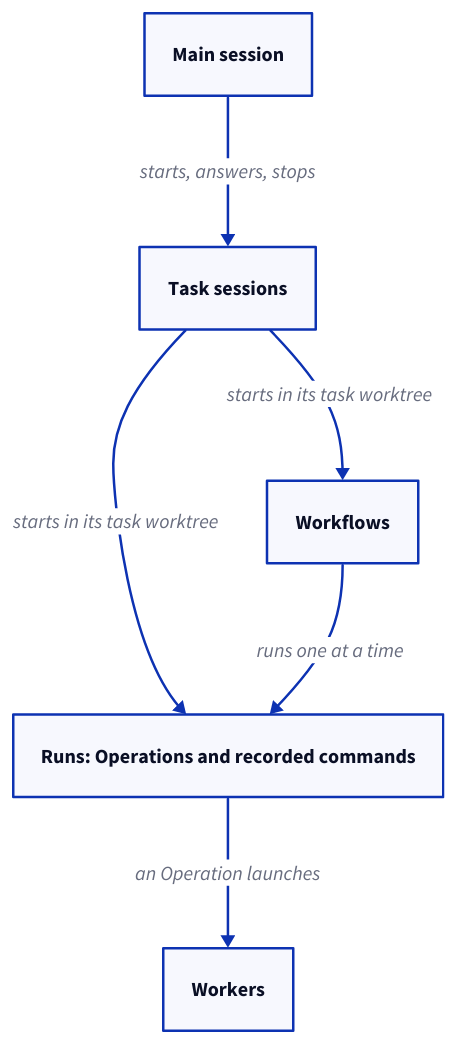
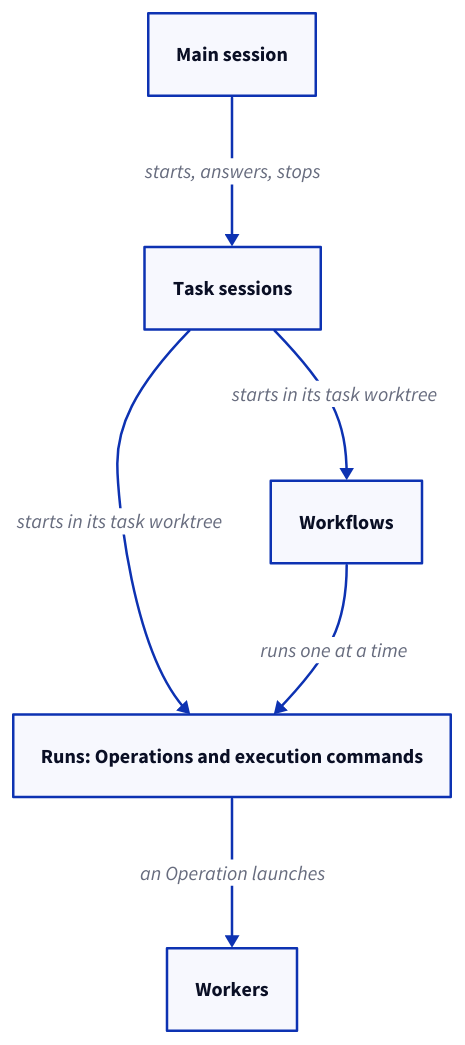
One commit to FTOD/concorde changed the first of 4 diagrams in specs/concorde/coordination/task-session/module.md. Above: the diagram before and after it, drawn with D2. The commit also changed other lines of this file and 107 other files, not shown here.

First line of the commit message:
Name commands by their owner and give execution commands a Module

````diff
--- a/specs/concorde/coordination/task-session/module.md
+++ b/specs/concorde/coordination/task-session/module.md
@@ -153,12 +153,12 @@
 ```d2 illustrative
 main: Main session
 tasksession: Task sessions
 workflows: Workflows
-runs: "Runs: Operations and recorded commands"
+runs: "Runs: Operations and execution commands"
 workers: Workers
 main -> tasksession: starts, answers, stops
 tasksession -> workflows: starts in its task worktree
 tasksession -> runs: starts in its task worktree
 workflows -> runs: runs one at a time
 runs -> workers: an Operation launches
 ```
````
